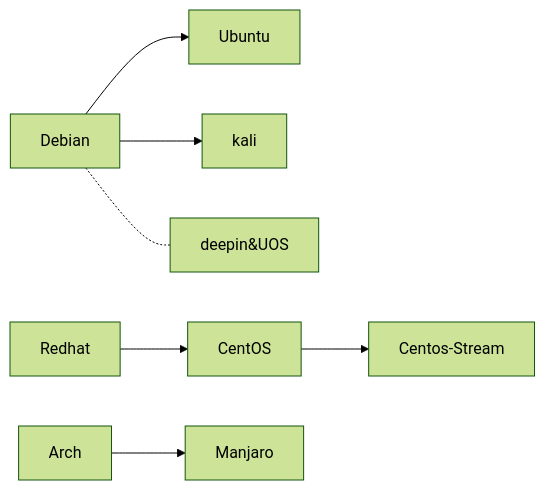
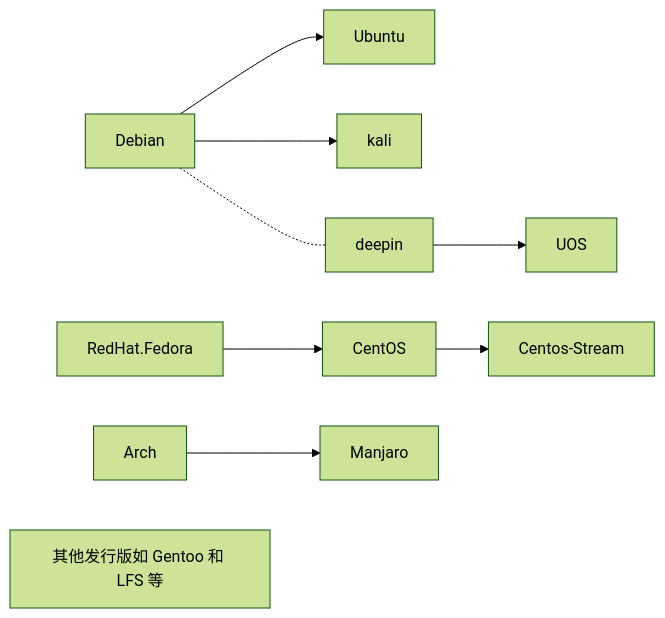
Before and after one commit to KZ25T/2022ics: the diagram in documents/4.vlab_linux_simple/1.linux-1.md, drawn with Mermaid (forest theme). The commit also changed other lines of this file and 1 other file, not shown here.

````diff
--- a/documents/4.vlab_linux_simple/1.linux-1.md
+++ b/documents/4.vlab_linux_simple/1.linux-1.md
@@ -94,17 +96,20 @@
 ```mermaid
 graph LR
 A[Debian]
 B[Ubuntu]
 C[kali]
 A-->B
 A-->C
-D[deepin&UOS]
+D[deepin]
+D2[UOS]
 A-.-D
-E[Redhat]
+D-->D2
+E[RedHat.Fedora]
 F[CentOS]
 G[Centos-Stream]
 H[Arch]
 I[Manjaro]
 E-->F-->G
 H-->I
+J[其他发行版如 Gentoo 和 LFS 等]
 ```
````
